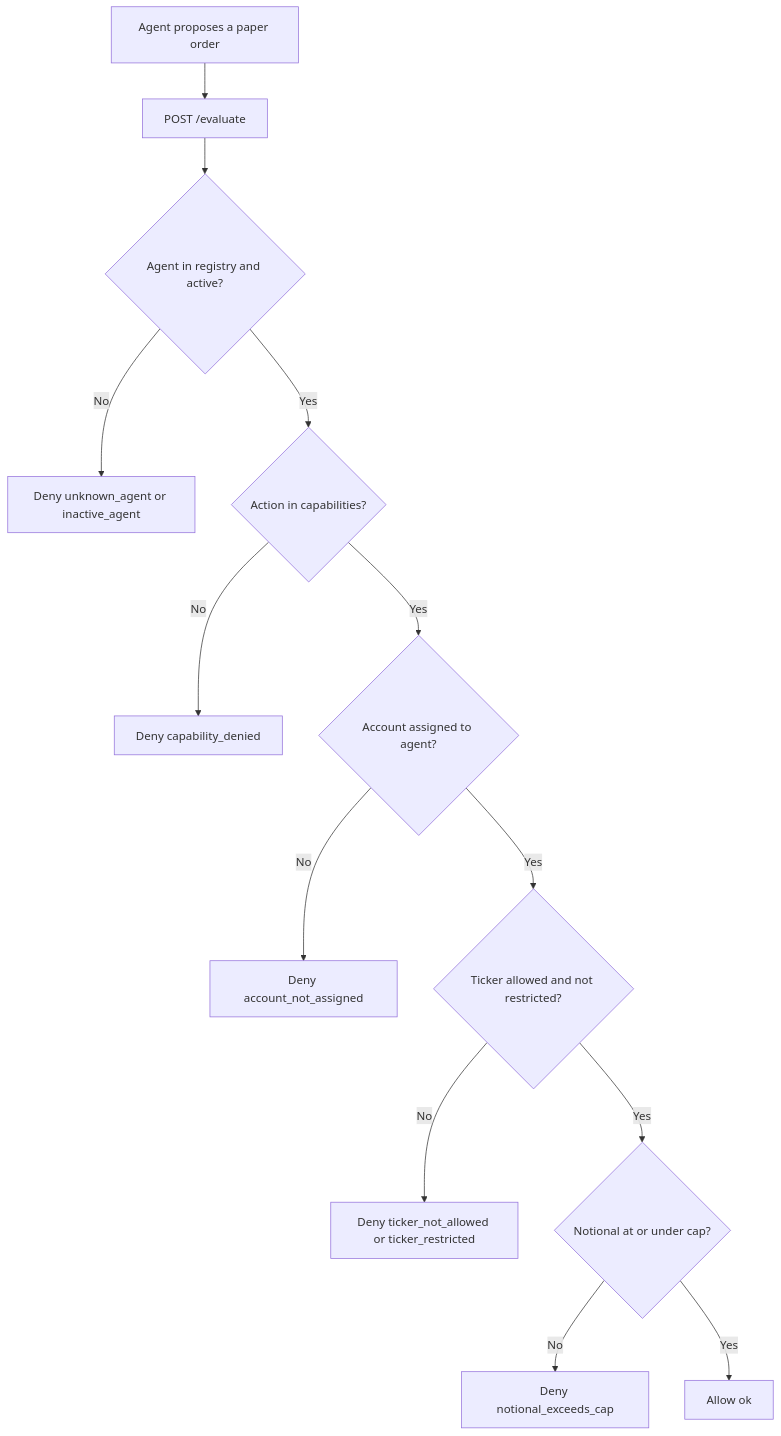
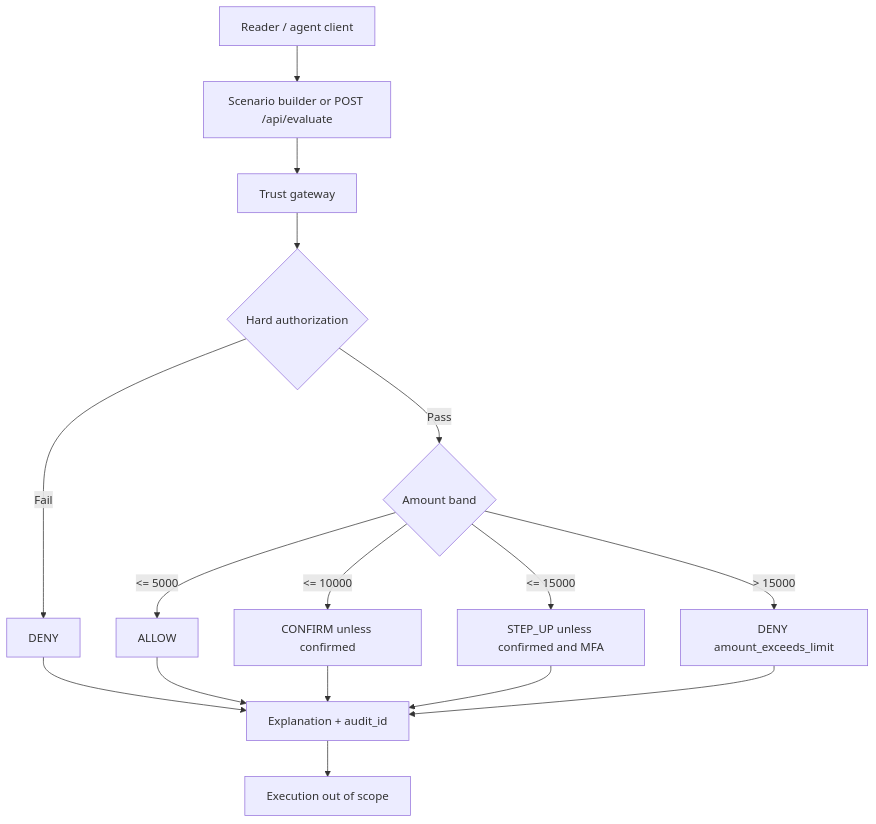
Before and after one commit to angesh3/from-my-desk-labs: the diagram in labs/001-know-your-agent/diagrams/know-your-agent.md, drawn with Mermaid. The commit also changed other lines of this file and 75 other files, not shown here.

Commit message:
feat: add From My Desk portal and four-way agent authorization lab

````diff
--- a/labs/001-know-your-agent/diagrams/know-your-agent.md
+++ b/labs/001-know-your-agent/diagrams/know-your-agent.md
@@ -5,15 +5,18 @@
 ```mermaid
 flowchart TD
-    A[Agent proposes a paper order] --> B[POST /evaluate]
-    B --> C{Agent in registry and active?}
-    C -->|No| D[Deny unknown_agent or inactive_agent]
-    C -->|Yes| E{Action in capabilities?}
-    E -->|No| F[Deny capability_denied]
-    E -->|Yes| G{Account assigned to agent?}
-    G -->|No| H[Deny account_not_assigned]
-    G -->|Yes| I{Ticker allowed and not restricted?}
-    I -->|No| J[Deny ticker_not_allowed or ticker_restricted]
-    I -->|Yes| K{Notional at or under cap?}
-    K -->|No| L[Deny notional_exceeds_cap]
-    K -->|Yes| M[Allow ok]
+    A[Reader / agent client] --> B[Scenario builder or POST /api/evaluate]
+    B --> C[Trust gateway]
+    C --> D{Hard authorization}
+    D -->|Fail| E[DENY]
+    D -->|Pass| F{Amount band}
+    F -->|<= 5000| G[ALLOW]
+    F -->|<= 10000| H[CONFIRM unless confirmed]
+    F -->|<= 15000| I[STEP_UP unless confirmed and MFA]
+    F -->|> 15000| J[DENY amount_exceeds_limit]
+    G --> K[Explanation + audit_id]
+    H --> K
+    I --> K
+    E --> K
+    J --> K
+    K --> L[Execution out of scope]
 ```
````
